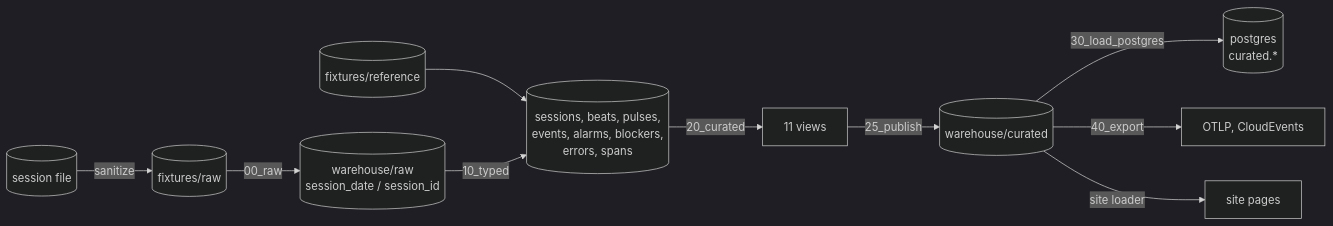
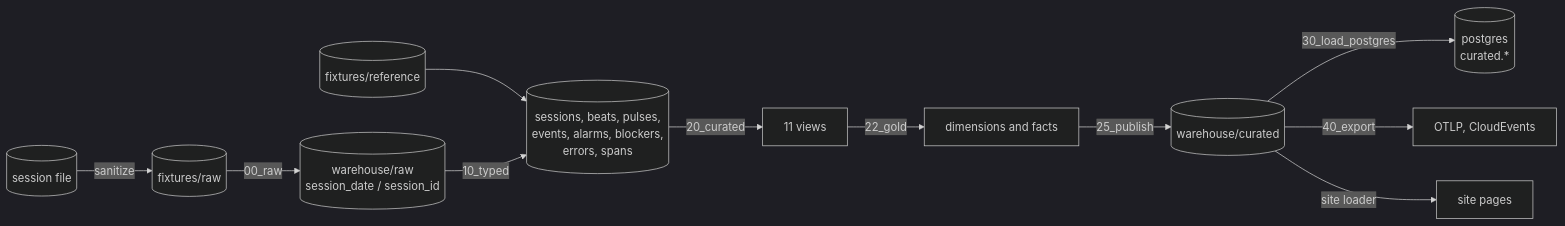
Before and after one commit to MrBisonte/flightdeck: the fourth of 4 diagrams in docs/architecture.md, drawn with Mermaid (dark theme). The commit also changed other lines of this file and 8 other files, not shown here.

````diff
--- a/docs/architecture.md
+++ b/docs/architecture.md
@@ -271,12 +266,13 @@
 ```mermaid
 flowchart LR
   jsonl[("session file")] -->|sanitize| fix[("fixtures/raw")]
   fix -->|00_raw| rawp[("warehouse/raw<br/>session_date / session_id")]
   ref[("fixtures/reference")] --> typed
   rawp -->|10_typed| typed[("sessions, beats, pulses,<br/>events, alarms, blockers,<br/>errors, spans")]
   typed -->|20_curated| cur["11 views"]
-  cur -->|25_publish| cparq[("warehouse/curated")]
+  cur -->|22_gold| gold["dimensions and facts"]
+  gold -->|25_publish| cparq[("warehouse/curated")]
   cparq -->|30_load_postgres| pg[("postgres<br/>curated.*")]
   cparq -->|40_export| ph["OTLP, CloudEvents"]
   cparq -->|site loader| web["site pages"]
 ```
````
